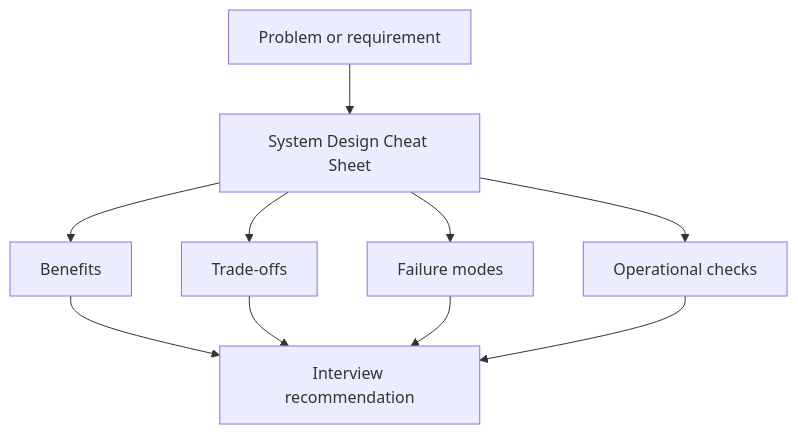
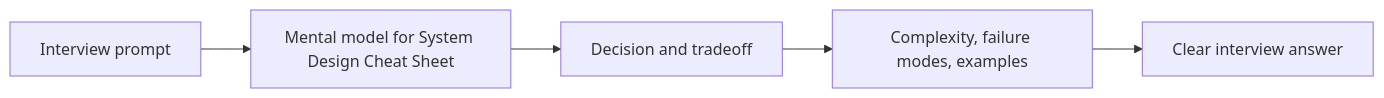
One commit to abstractinterviews/abstractinterviews.github.io changed the diagram in interview-prep/estimation-cheatsheet.md. Above: the diagram before and after it, drawn with Mermaid. The commit also changed other lines of this file and 278 other files, not shown here.

````diff
--- a/interview-prep/estimation-cheatsheet.md
+++ b/interview-prep/estimation-cheatsheet.md
@@ -81,12 +73,7 @@
-~~~mermaid
-flowchart TD
-    Problem["Problem or requirement"] --> Concept["System Design Cheat Sheet"]
-    Concept --> Benefits["Benefits"]
-    Concept --> Tradeoffs["Trade-offs"]
-    Concept --> FailureModes["Failure modes"]
-    Concept --> Operations["Operational checks"]
-    Benefits --> Decision["Interview recommendation"]
-    Tradeoffs --> Decision
-    FailureModes --> Decision
-    Operations --> Decision
-~~~
+```mermaid
+flowchart LR
+    Problem["Interview prompt"] --> Model["Mental model for System Design Cheat Sheet"]
+    Model --> Choice["Decision and tradeoff"]
+    Choice --> Evidence["Complexity, failure modes, examples"]
+    Evidence --> Answer["Clear interview answer"]
+```
````
